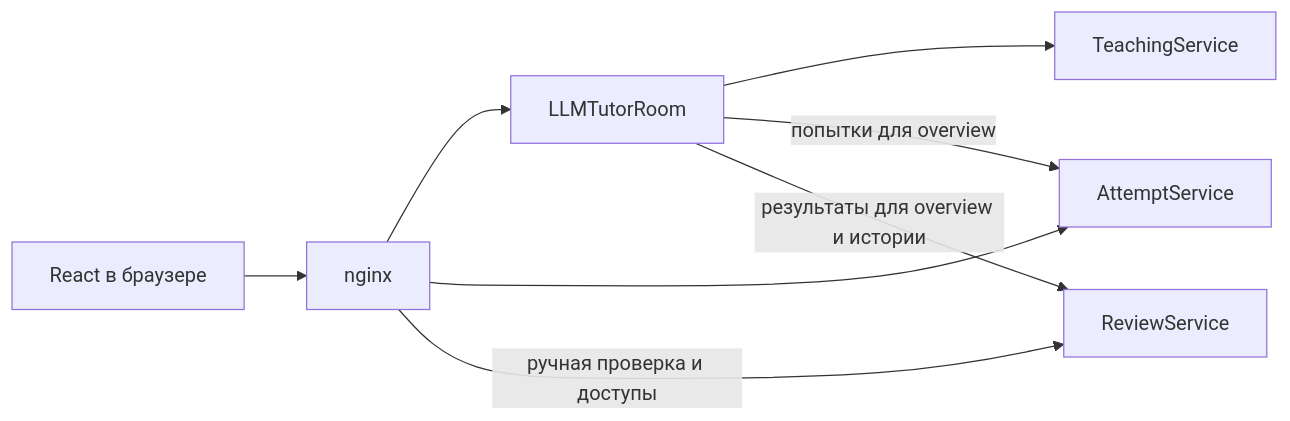
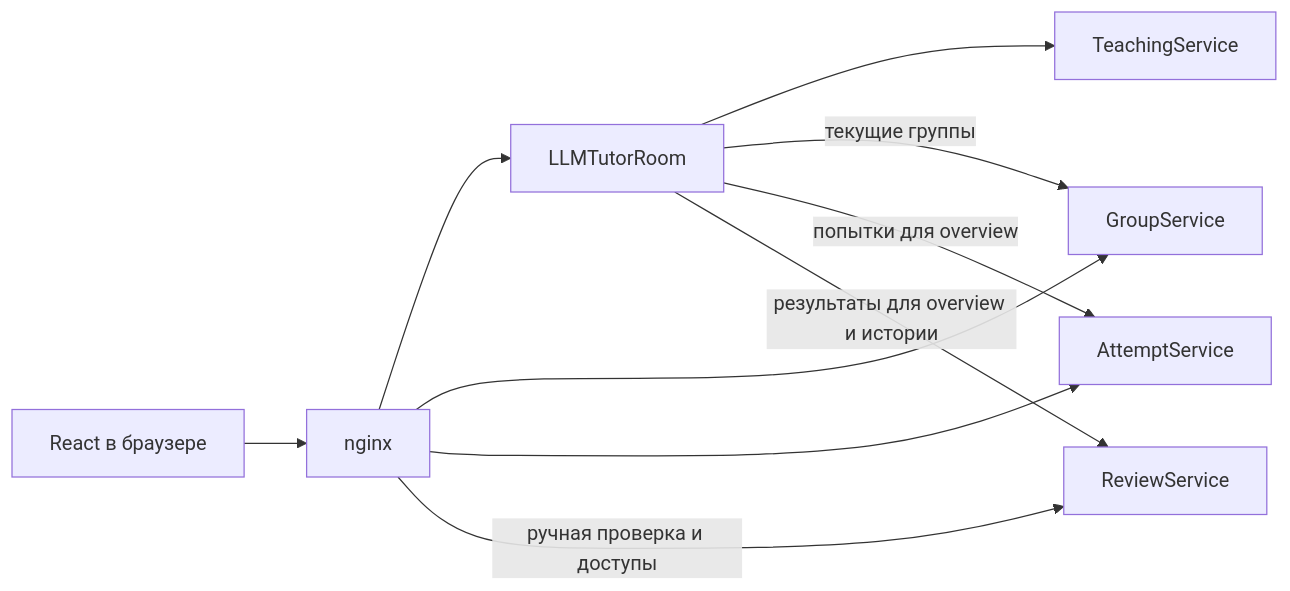
Before and after one commit to KomaMix/LLMTutorRoom: the diagram in docs/llm-tutor-room.md, drawn with Mermaid. The commit also changed other lines of this file and 92 other files, not shown here.

First line of the commit message:
feat(groups): extract group service and enforce live membership

````diff
--- a/docs/llm-tutor-room.md
+++ b/docs/llm-tutor-room.md
@@ -13,10 +14,12 @@
 ```mermaid
 flowchart LR
     Browser[React в браузере] --> Nginx[nginx]
     Nginx --> Room[LLMTutorRoom]
+    Nginx --> Groups[GroupService]
     Nginx --> Attempt[AttemptService]
     Nginx -->|ручная проверка и доступы| Review[ReviewService]
     Room --> Teaching[TeachingService]
+    Room -->|текущие группы| Groups
     Room -->|попытки для overview| Attempt
     Room -->|результаты для overview и истории| Review
 ```
````
